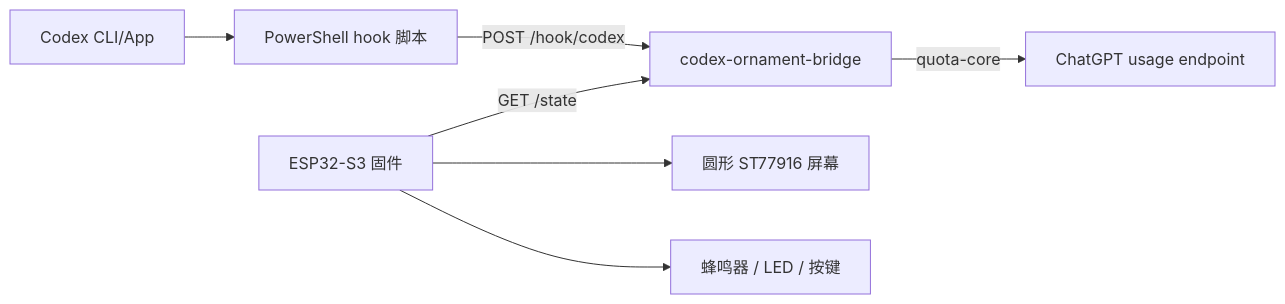
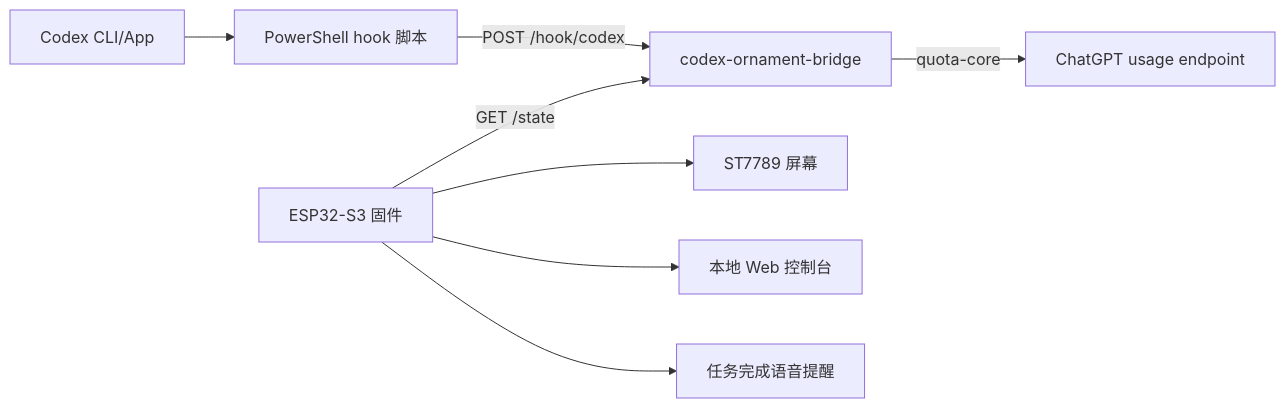
Before and after one commit to linyuww/esp32-ornament: the diagram in README.md, drawn with Mermaid. The commit also changed other lines of this file and 7 other files, not shown here.

````diff
--- a/README.md
+++ b/README.md
@@ -19,9 +19,10 @@
 ```mermaid
 flowchart LR
   Codex["Codex CLI/App"] --> Hook["PowerShell hook 脚本"]
   Hook -->|"POST /hook/codex"| Bridge["codex-ornament-bridge"]
   Bridge -->|"quota-core"| Usage["ChatGPT usage endpoint"]
   ESP32["ESP32-S3 固件"] -->|"GET /state"| Bridge
-  ESP32 --> Display["圆形 ST77916 屏幕"]
-  ESP32 --> Alert["蜂鸣器 / LED / 按键"]
+  ESP32 --> Display["ST7789 屏幕"]
+  ESP32 --> Web["本地 Web 控制台"]
+  ESP32 --> Audio["任务完成语音提醒"]
 ```
````
